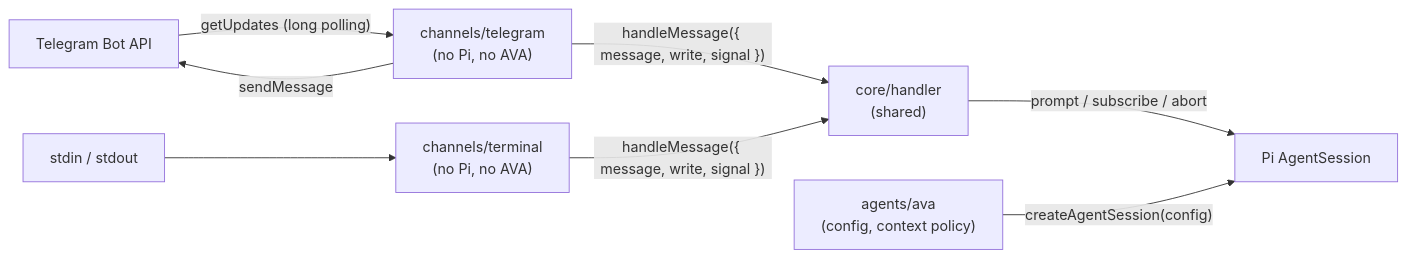
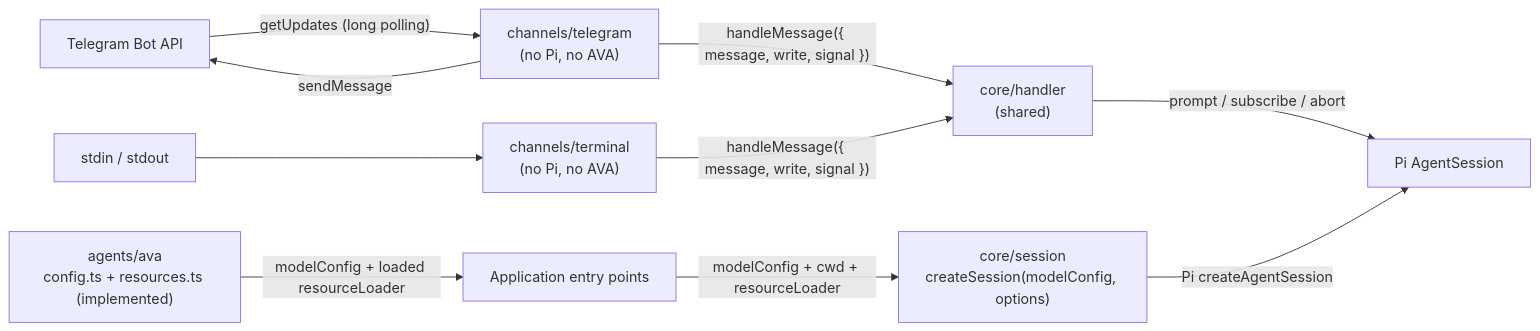
The first of 2 diagrams in docs/telegram-channel-plan.md (fjeansilva/ava-personal-assistant), drawn with Mermaid before and after one commit. The commit also changed other lines of this file and 7 other files, not shown here.

First line of the commit message:
refactor(ava): separate agent configuration from Pi session setup

````diff
--- a/docs/telegram-channel-plan.md
+++ b/docs/telegram-channel-plan.md
@@ -46,10 +47,12 @@
 ```mermaid
 flowchart LR
     TG["Telegram Bot API"] -->|"getUpdates (long polling)"| Channel["channels/telegram<br/>(no Pi, no AVA)"]
     Term["stdin / stdout"] --> TermChannel["channels/terminal<br/>(no Pi, no AVA)"]
     Channel -->|"handleMessage({ message, write, signal })"| Handler["core/handler<br/>(shared)"]
     TermChannel -->|"handleMessage({ message, write, signal })"| Handler
     Handler -->|"prompt / subscribe / abort"| Session["Pi AgentSession"]
-    Agent["agents/ava<br/>(config, context policy)"] -->|"createAgentSession(config)"| Session
+    Agent["agents/ava<br/>config.ts + resources.ts (implemented)"] -->|"modelConfig + loaded resourceLoader"| App["Application entry points"]
+    App -->|"modelConfig + cwd + resourceLoader"| Factory["core/session<br/>createSession(modelConfig, options)"]
+    Factory -->|"Pi createAgentSession"| Session
     Channel -->|"sendMessage"| TG
 ```
````
